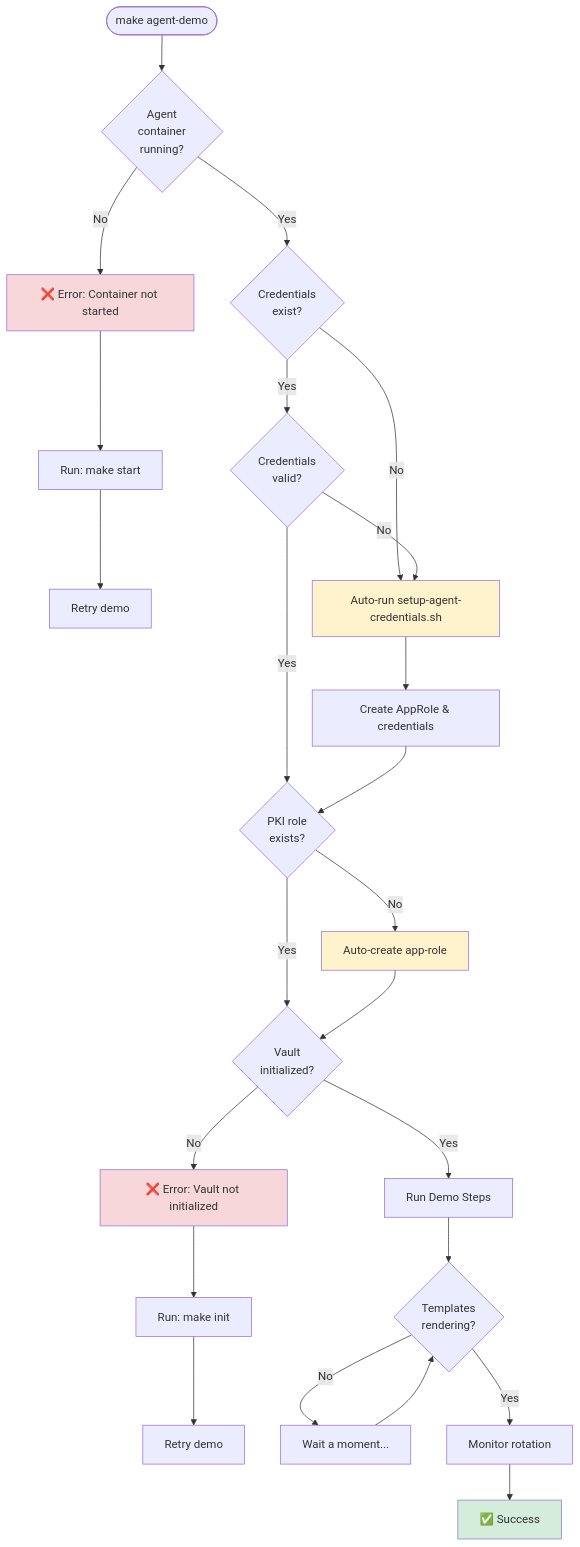
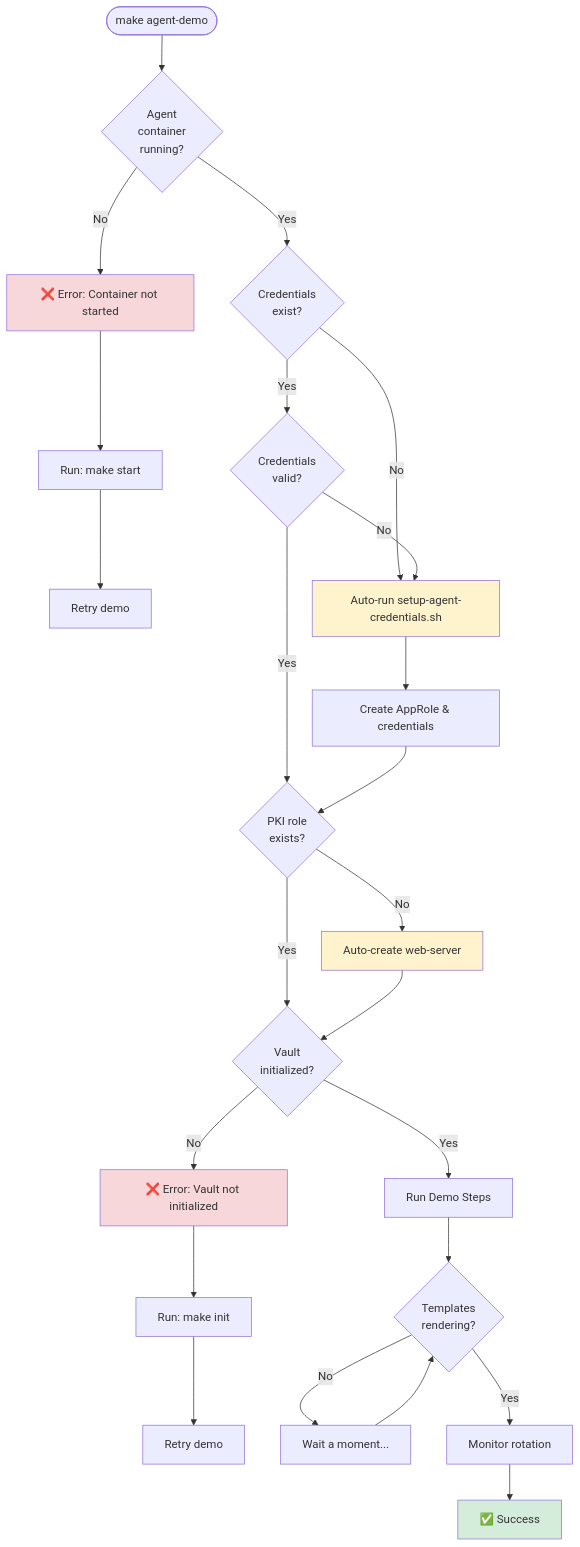
One commit to songlining/pki changed diagram 12 of 12 in agent-demo-diagrams.md. Above: the diagram before and after it, drawn with Mermaid. The commit also changed other lines of this file and 20 other files, not shown here.

First line of the commit message:
Add deck-api presenterm deck; rename PKI role app-role to web-server

````diff
--- a/agent-demo-diagrams.md
+++ b/agent-demo-diagrams.md
@@ -489,45 +489,45 @@
 ```mermaid
 flowchart TD
     Start([make agent-demo]) --> Check1{Agent<br/>container<br/>running?}
     
     Check1 -->|No| Error1[❌ Error: Container not started]
     Check1 -->|Yes| Check2{Credentials<br/>exist?}
     
     Error1 --> Fix1[Run: make start]
     Fix1 --> Retry1[Retry demo]
     
     Check2 -->|No| Auto1[Auto-run setup-agent-credentials.sh]
     Check2 -->|Yes| Check3{Credentials<br/>valid?}
     
     Check3 -->|No| Auto1
     Check3 -->|Yes| Check4{PKI role<br/>exists?}
     
     Auto1 --> CreateCred[Create AppRole & credentials]
     CreateCred --> Check4
     
-    Check4 -->|No| Auto2[Auto-create app-role]
+    Check4 -->|No| Auto2[Auto-create web-server]
     Check4 -->|Yes| CheckInit{Vault<br/>initialized?}
     
     Auto2 --> CheckInit
     
     CheckInit -->|No| Error2[❌ Error: Vault not initialized]
     CheckInit -->|Yes| RunDemo[Run Demo Steps]
     
     Error2 --> Fix2[Run: make init]
     Fix2 --> Retry2[Retry demo]
     
     RunDemo --> Check5{Templates<br/>rendering?}
     
     Check5 -->|No| Wait[Wait a moment...]
     Check5 -->|Yes| Monitor[Monitor rotation]
     
     Wait --> Check5
     
     Monitor --> Success[✅ Success]
     
     style Error1 fill:#f8d7da
     style Error2 fill:#f8d7da
     style Auto1 fill:#fff3cd
     style Auto2 fill:#fff3cd
     style Success fill:#d4edda
 ```
````
